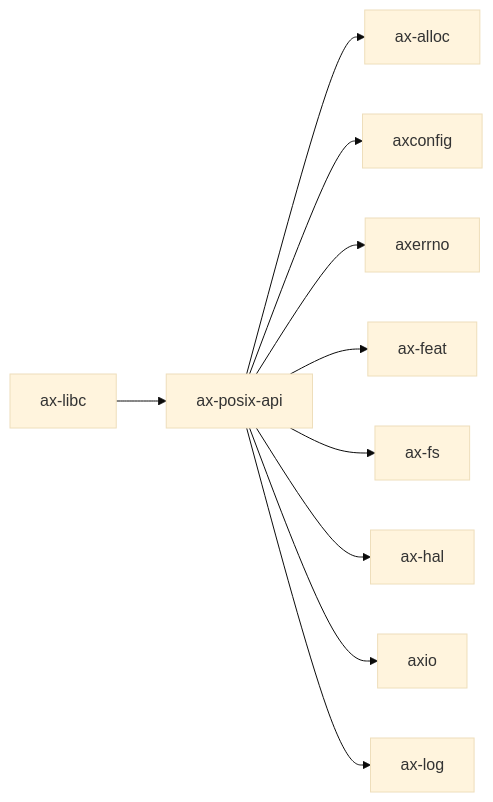
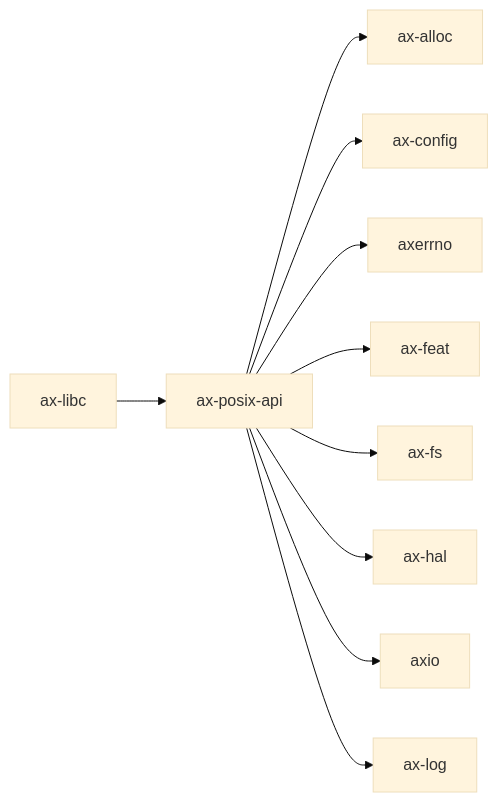
One commit to XTH852456/tgoskits changed the diagram in docs/crates/ax-posix-api.md. Above: the diagram before and after it, drawn with Mermaid (base theme). The commit also changed 65 other files, not shown here.

Commit message:
rename axconfig to ax-config

````diff
--- a/docs/crates/ax-posix-api.md
+++ b/docs/crates/ax-posix-api.md
@@ -33,13 +33,13 @@
 ```mermaid
 graph LR
     current["ax-posix-api"]
     current --> ax-alloc["ax-alloc"]
-    current --> axconfig["axconfig"]
+    current --> axconfig["ax-config"]
     current --> axerrno["axerrno"]
     current --> ax-feat["ax-feat"]
     current --> ax-fs["ax-fs"]
     current --> ax-hal["ax-hal"]
     current --> axio["axio"]
     current --> ax-log["ax-log"]
     ax_libc["ax-libc"] --> current
 ```
````
